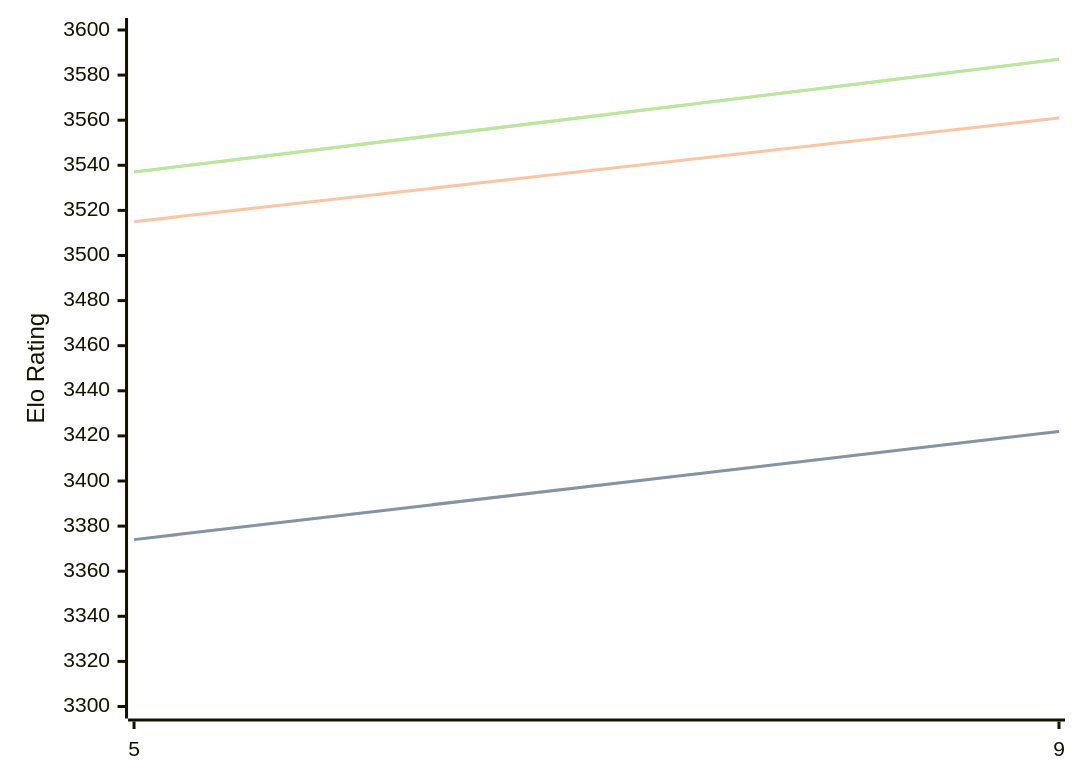
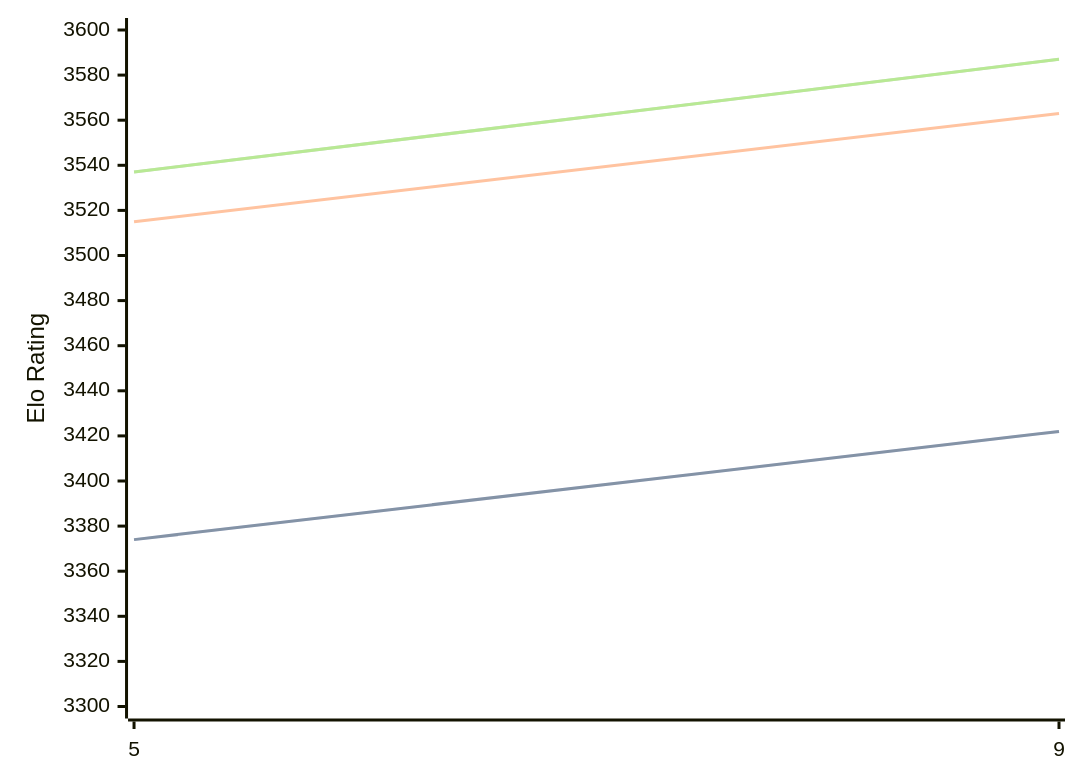
Before and after one commit to computer-chess-index/cci: the diagram in engines/Crystal.md, drawn with Mermaid. The commit also changed other lines of this file, not shown here.

````diff
--- a/engines/Crystal.md
+++ b/engines/Crystal.md
@@ -32,11 +32,11 @@
 ```mermaid
 %%{init: {"theme":"base","themeVariables":{"seriesColors:['#a3a3a3','#222221','#faa371']}}}%%
 xychart-beta
   x-axis ["5", "9"]
   y-axis "Elo Rating" 3300 --> 3600
   line "STC (8.0+0.08s)" [3374, 3422]
   line "STC (8.0+0.08s)" [3374, 3422]
-  line "LTC (60.0+0.60s)" [3515, 3561]
+  line "LTC (60.0+0.60s)" [3515, 3563]
   line "VLTC (2m24s+1.12s)" [3537, 3587]
   line "VLTC (2m24s+1.12s)" [3537, 3587]
 ```
````
